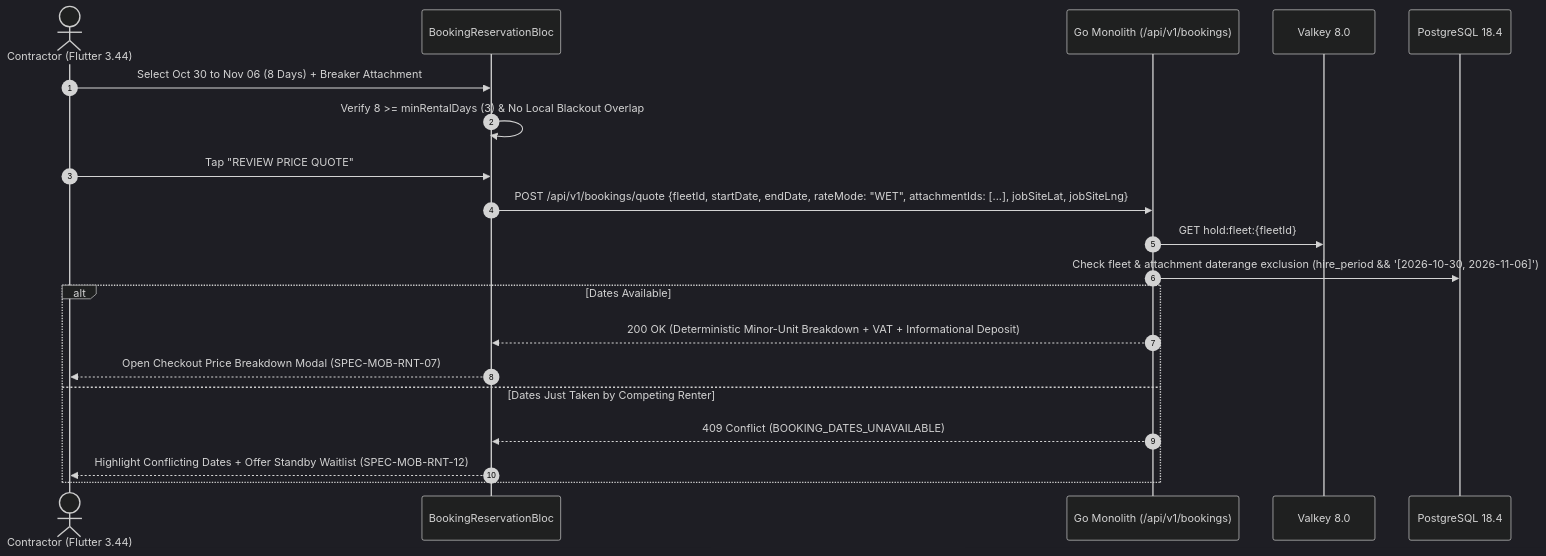
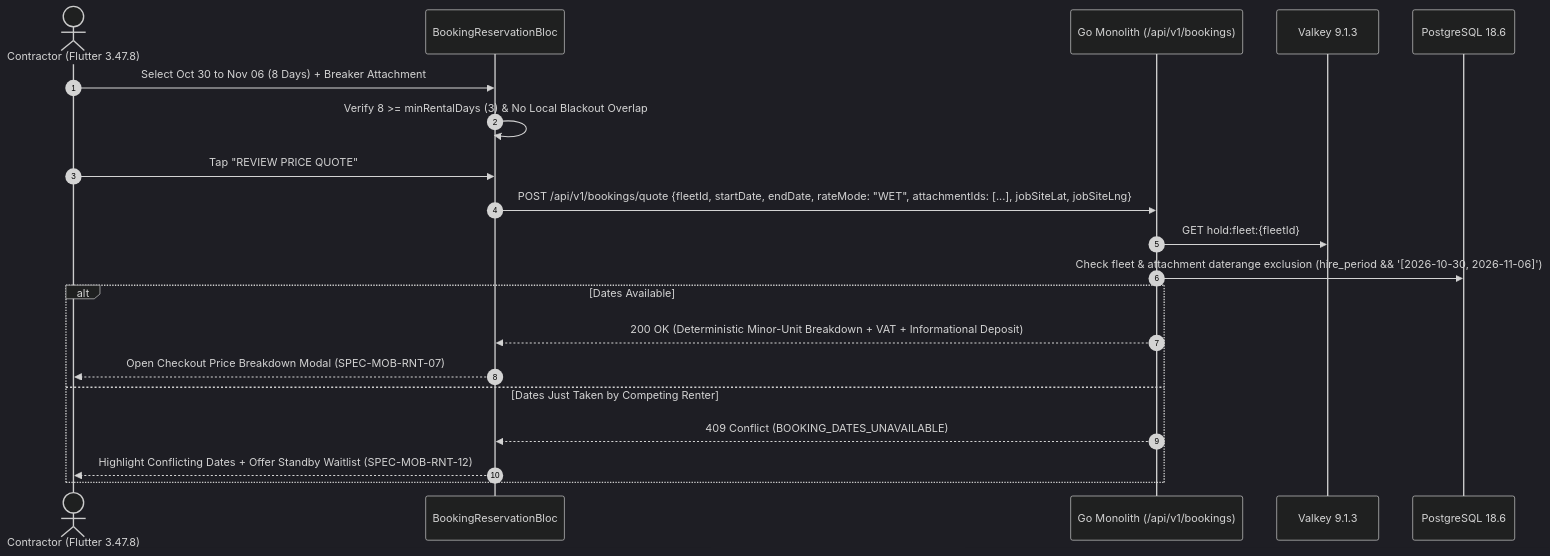
Before and after one commit to YDink/Heavy-Machinery-Logistics-Rental: the second of 2 diagrams in docs/mobile/renter-experience/06-booking-reservation-flow.md, drawn with Mermaid (dark theme). The commit also changed other lines of this file and 212 other files, not shown here.

````diff
--- a/docs/mobile/renter-experience/06-booking-reservation-flow.md
+++ b/docs/mobile/renter-experience/06-booking-reservation-flow.md
@@ -115,23 +115,23 @@
 ```mermaid
 sequenceDiagram
     autonumber
-    actor Renter as Contractor (Flutter 3.44)
+    actor Renter as Contractor (Flutter 3.47.8)
     participant FlowBloc as BookingReservationBloc
     participant API as Go Monolith (/api/v1/bookings)
-    participant Valkey as Valkey 8.0
-    participant PG as PostgreSQL 18.4
+    participant Valkey as Valkey 9.1.3
+    participant PG as PostgreSQL 18.6
 
     Renter->>FlowBloc: Select Oct 30 to Nov 06 (8 Days) + Breaker Attachment
     FlowBloc->>FlowBloc: Verify 8 >= minRentalDays (3) & No Local Blackout Overlap
     Renter->>FlowBloc: Tap "REVIEW PRICE QUOTE"
     FlowBloc->>API: POST /api/v1/bookings/quote {fleetId, startDate, endDate, rateMode: "WET", attachmentIds: [...], jobSiteLat, jobSiteLng}
     API->>Valkey: GET hold:fleet:{fleetId}
     API->>PG: Check fleet & attachment daterange exclusion (hire_period && '[2026-10-30, 2026-11-06]')
     alt Dates Available
         API-->>FlowBloc: 200 OK (Deterministic Minor-Unit Breakdown + VAT + Informational Deposit)
         FlowBloc-->>Renter: Open Checkout Price Breakdown Modal (SPEC-MOB-RNT-07)
     else Dates Just Taken by Competing Renter
         API-->>FlowBloc: 409 Conflict (BOOKING_DATES_UNAVAILABLE)
         FlowBloc-->>Renter: Highlight Conflicting Dates + Offer Standby Waitlist (SPEC-MOB-RNT-12)
     end
 ```
````
